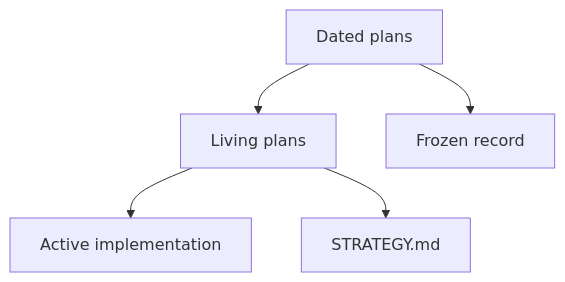
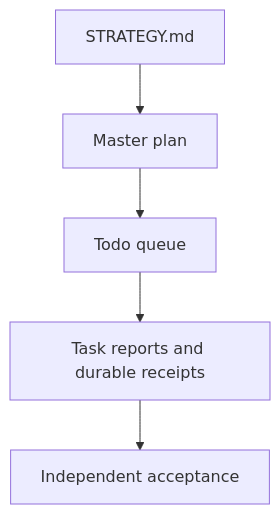
One commit to bodencrouch/AgentDecompile changed the diagram in docs/plans/README.md. Above: the diagram before and after it, drawn with Mermaid. The commit also changed other lines of this file and 199 other files, not shown here.

````diff
--- a/docs/plans/README.md
+++ b/docs/plans/README.md
@@ -14,7 +15,7 @@
 ```mermaid
 flowchart TD
-  living[Living plans] --> work[Active implementation]
-  historical[Dated plans] --> record[Frozen record]
-  living --> strategy[STRATEGY.md]
-  historical --> living
+  scope[Master plan] --> queue[Todo queue]
+  queue --> reports[Task reports and durable receipts]
+  reports --> accept[Independent acceptance]
+  strategy[STRATEGY.md] --> scope
 ```
````
